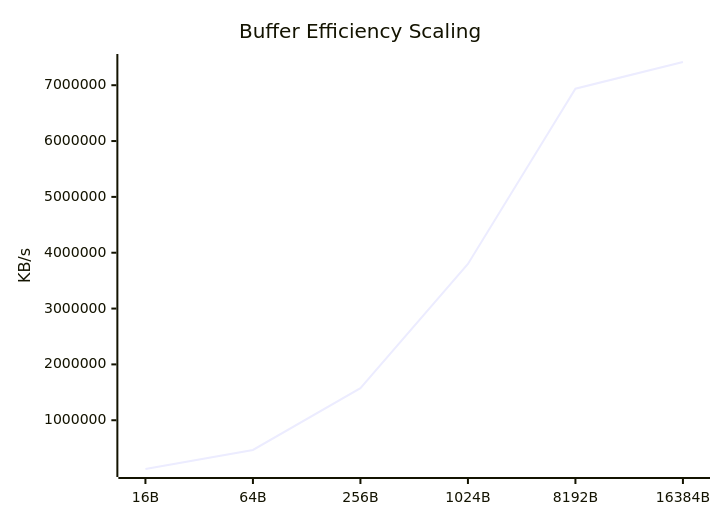
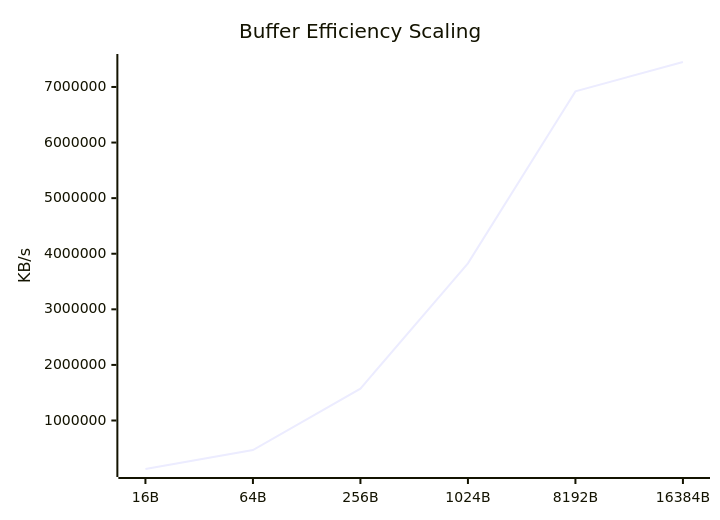
The fifth of 9 diagrams in docs/Comparison_Report.md (taha2samy/openssl_fips), drawn with Mermaid before and after one commit. The commit also changed other lines of this file and 2 other files, not shown here.

````diff
--- a/docs/Comparison_Report.md
+++ b/docs/Comparison_Report.md
@@ -94,7 +94,7 @@
 ```mermaid
 xychart-beta
     title "Buffer Efficiency Scaling"
     x-axis [16B, 64B, 256B, 1024B, 8192B, 16384B]
     y-axis "KB/s"
-    line [126668.08, 468066.21, 1574305.02, 3799275.52, 6938365.95, 7415734.27]
+    line [127679.28, 467798.56, 1573528.83, 3826544.64, 6920957.95, 7449034.75]
 ```
````
